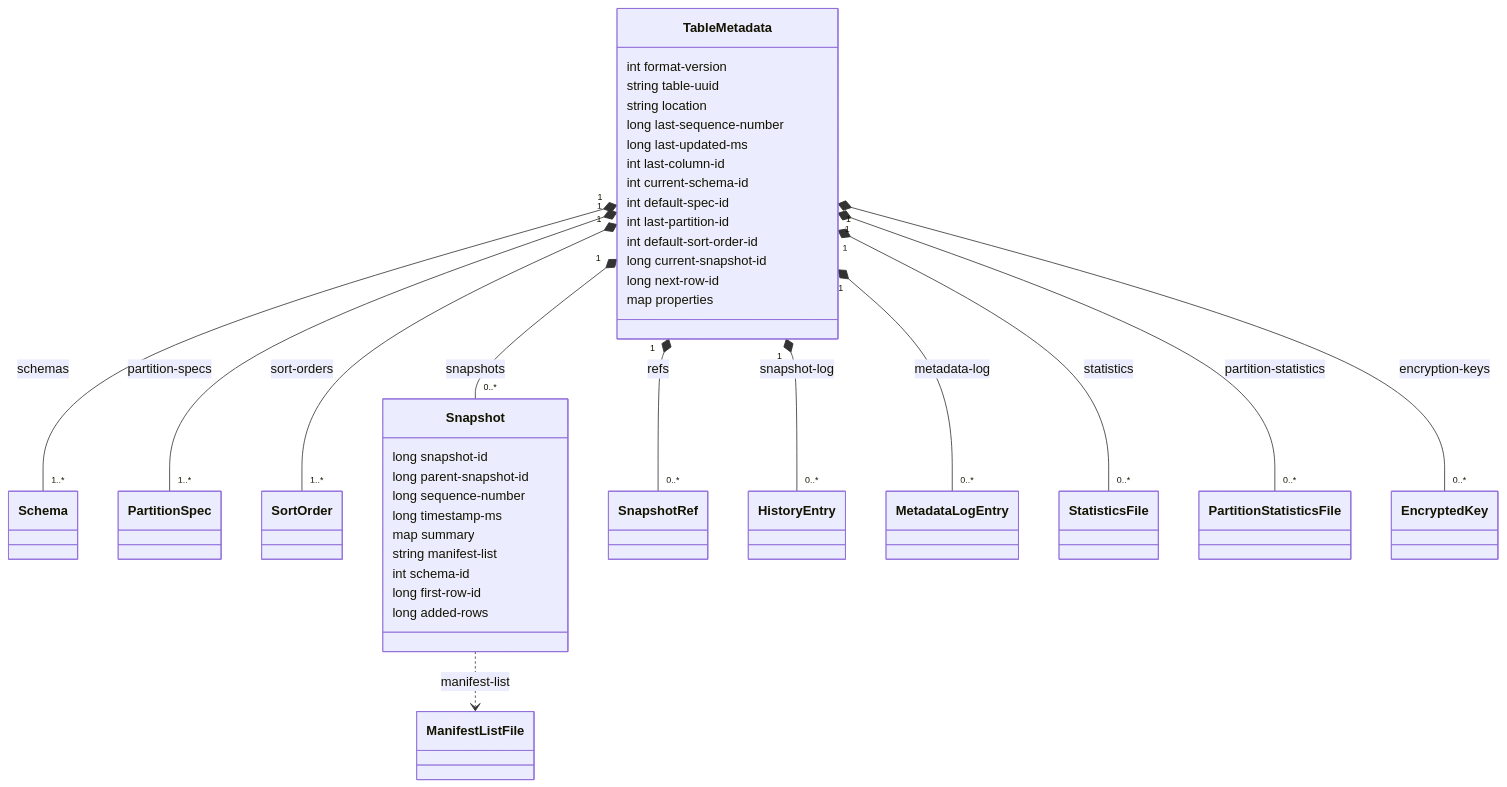
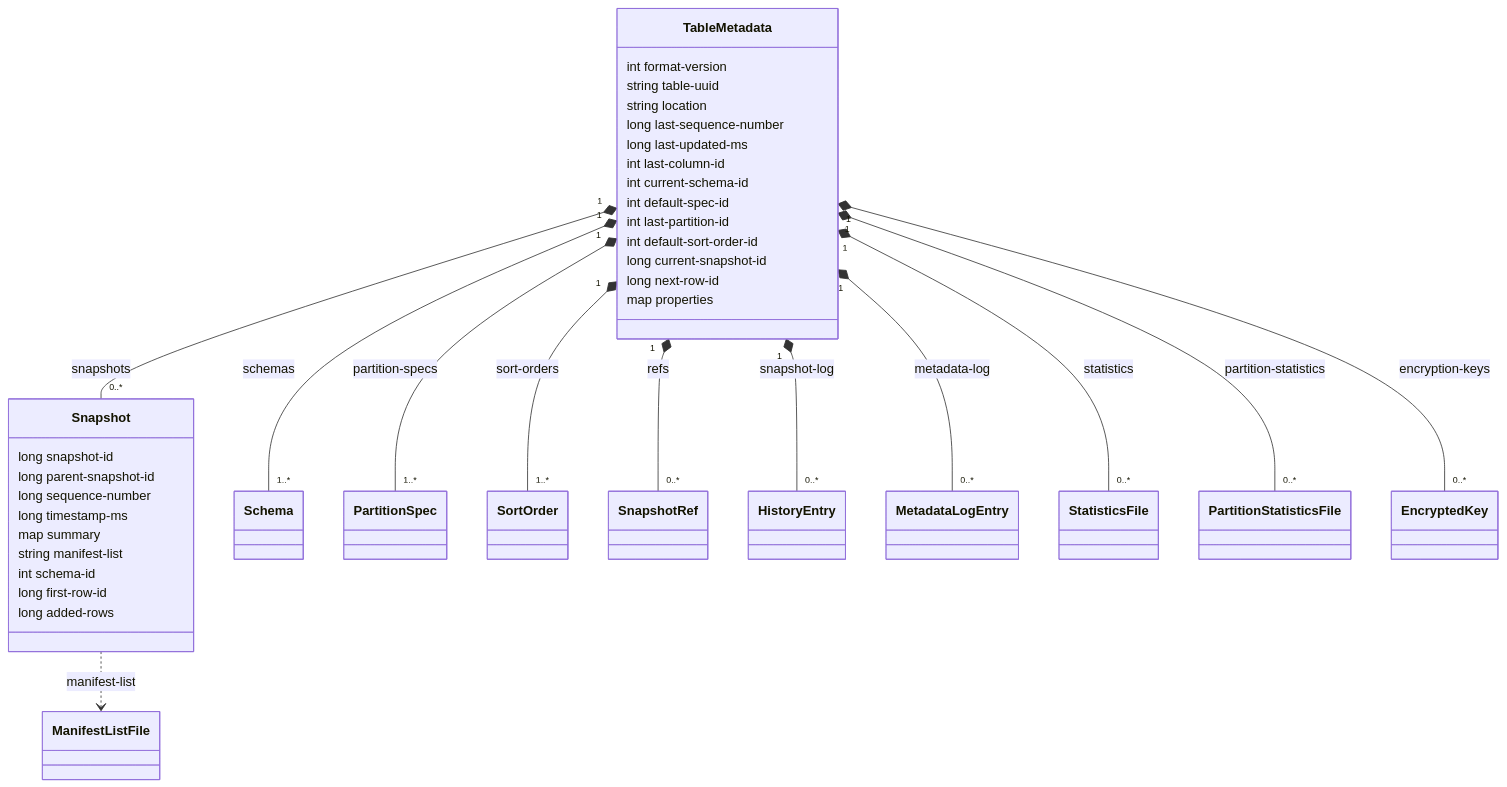
Before and after one commit to hideak1/iceberg_nessie_study: the diagram in docs/part02_table_spec/chapter_2.2_metadata_json.md, drawn with Mermaid. The commit also changed other lines of this file and 15 other files, not shown here.

````diff
--- a/docs/part02_table_spec/chapter_2.2_metadata_json.md
+++ b/docs/part02_table_spec/chapter_2.2_metadata_json.md
@@ -21,51 +21,41 @@
 ```mermaid
 classDiagram
     class TableMetadata {
         int format-version
         string table-uuid
         string location
         long last-sequence-number
         long last-updated-ms
         int last-column-id
         int current-schema-id
         int default-spec-id
         int last-partition-id
         int default-sort-order-id
         long current-snapshot-id
         long next-row-id
         map properties
     }
-    class Schema
-    class PartitionSpec
-    class SortOrder
     class Snapshot {
         long snapshot-id
         long parent-snapshot-id
         long sequence-number
         long timestamp-ms
         map summary
         string manifest-list
         int schema-id
         long first-row-id
         long added-rows
     }
-    class SnapshotRef
-    class HistoryEntry
-    class MetadataLogEntry
-    class StatisticsFile
-    class PartitionStatisticsFile
-    class EncryptedKey
-    class ManifestListFile
 
     TableMetadata "1" *-- "1..*" Schema : schemas
     TableMetadata "1" *-- "1..*" PartitionSpec : partition-specs
     TableMetadata "1" *-- "1..*" SortOrder : sort-orders
     TableMetadata "1" *-- "0..*" Snapshot : snapshots
     TableMetadata "1" *-- "0..*" SnapshotRef : refs
     TableMetadata "1" *-- "0..*" HistoryEntry : snapshot-log
     TableMetadata "1" *-- "0..*" MetadataLogEntry : metadata-log
     TableMetadata "1" *-- "0..*" StatisticsFile : statistics
     TableMetadata "1" *-- "0..*" PartitionStatisticsFile : partition-statistics
     TableMetadata "1" *-- "0..*" EncryptedKey : encryption-keys
     Snapshot ..> ManifestListFile : manifest-list
 ```
````
